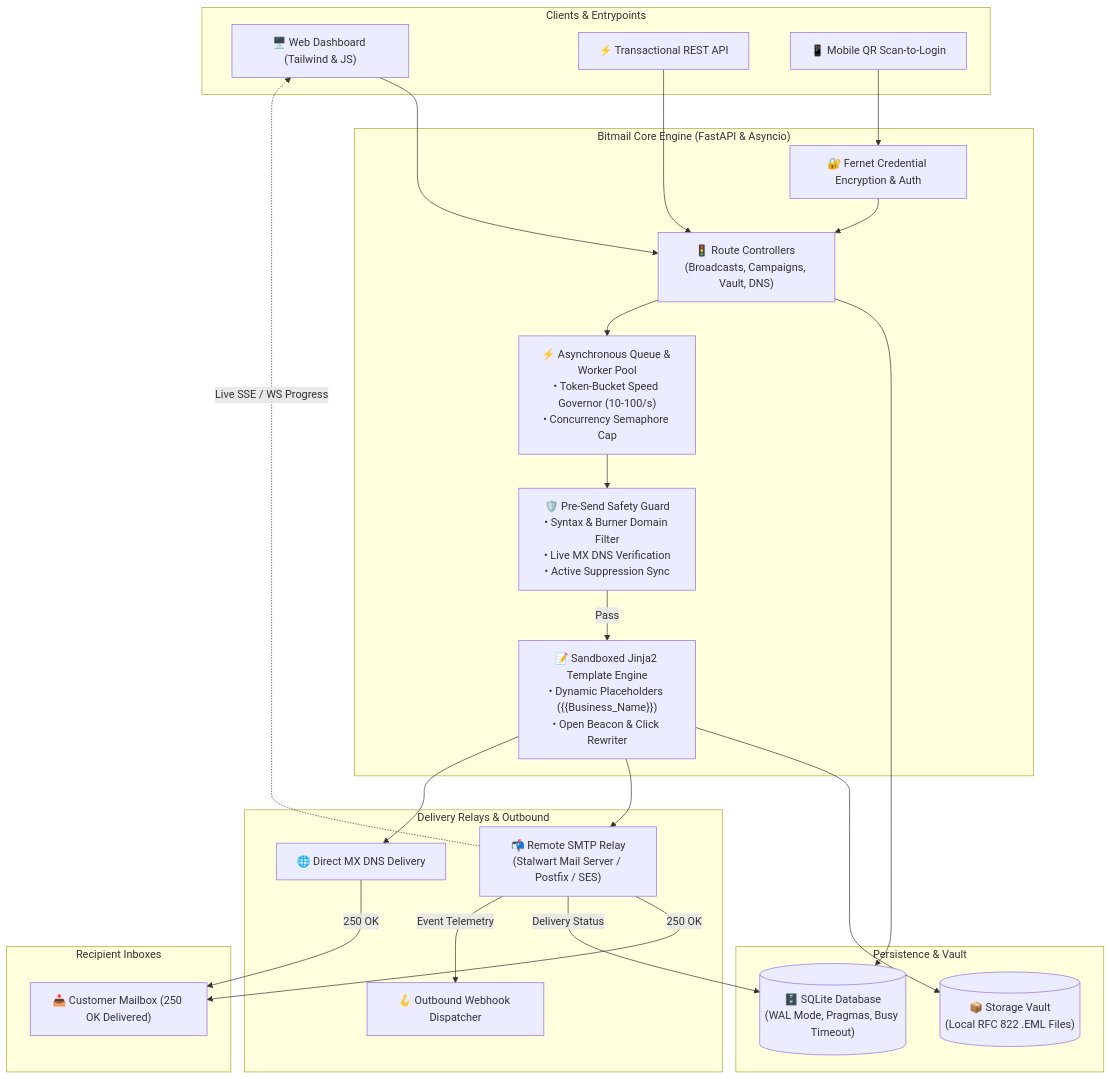
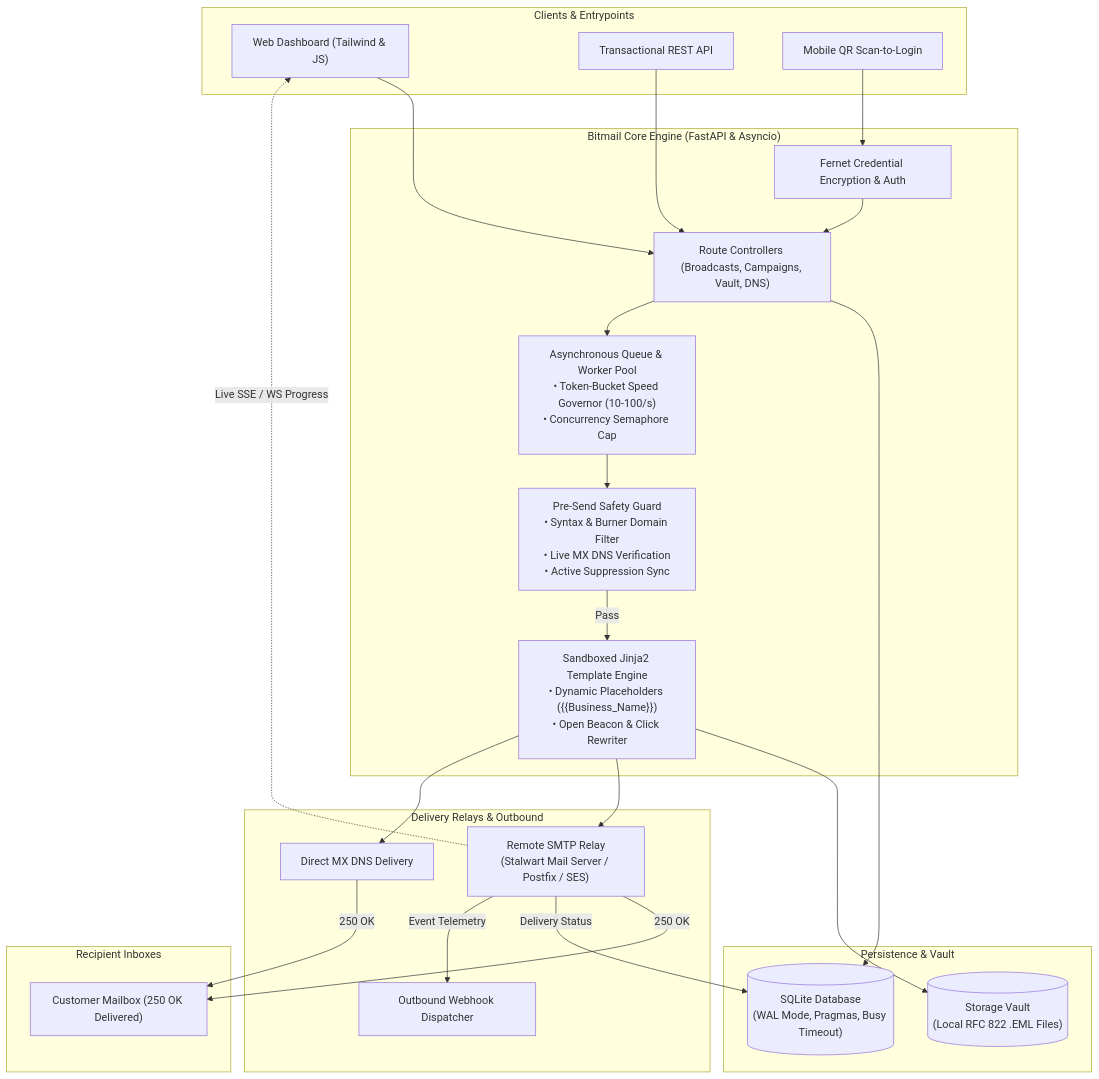
The first of 5 diagrams in README.md (zonicisalive/bitmail), drawn with Mermaid before and after one commit. The commit also changed other lines of this file and 1 other file, not shown here.

First line of the commit message:
Remove emojis from the README; stop the Send Message recipients header wrapping

````diff
--- a/README.md
+++ b/README.md
@@ -15,48 +15,48 @@
 ```mermaid
 flowchart TD
     subgraph Clients["Clients & Entrypoints"]
-        UI["🖥️ Web Dashboard (Tailwind & JS)"]
-        API["⚡ Transactional REST API"]
-        MOB["📱 Mobile QR Scan-to-Login"]
+        UI["Web Dashboard (Tailwind & JS)"]
+        API["Transactional REST API"]
+        MOB["Mobile QR Scan-to-Login"]
     end
 
     subgraph Core["Bitmail Core Engine (FastAPI & Asyncio)"]
-        AUTH["🔐 Fernet Credential Encryption & Auth"]
-        ROUTERS["🚦 Route Controllers (Broadcasts, Campaigns, Vault, DNS)"]
-        GUARD["🛡️ Pre-Send Safety Guard<br/>• Syntax & Burner Domain Filter<br/>• Live MX DNS Verification<br/>• Active Suppression Sync"]
-        TPL["📝 Sandboxed Jinja2 Template Engine<br/>• Dynamic Placeholders ({{Business_Name}})<br/>• Open Beacon & Click Rewriter"]
-        QUEUE["⚡ Asynchronous Queue & Worker Pool<br/>• Token-Bucket Speed Governor (10-100/s)<br/>• Concurrency Semaphore Cap"]
+        AUTH["Fernet Credential Encryption & Auth"]
+        ROUTERS["Route Controllers (Broadcasts, Campaigns, Vault, DNS)"]
+        GUARD["Pre-Send Safety Guard<br/>• Syntax & Burner Domain Filter<br/>• Live MX DNS Verification<br/>• Active Suppression Sync"]
+        TPL["Sandboxed Jinja2 Template Engine<br/>• Dynamic Placeholders ({{Business_Name}})<br/>• Open Beacon & Click Rewriter"]
+        QUEUE["Asynchronous Queue & Worker Pool<br/>• Token-Bucket Speed Governor (10-100/s)<br/>• Concurrency Semaphore Cap"]
     end
 
     subgraph Storage["Persistence & Vault"]
-        DB[("🗄️ SQLite Database<br/>(WAL Mode, Pragmas, Busy Timeout)")]
-        VAULT[("📦 Storage Vault<br/>(Local RFC 822 .EML Files)")]
+        DB[("SQLite Database<br/>(WAL Mode, Pragmas, Busy Timeout)")]
+        VAULT[("Storage Vault<br/>(Local RFC 822 .EML Files)")]
     end
 
     subgraph Relays["Delivery Relays & Outbound"]
-        SMTP["📬 Remote SMTP Relay<br/>(Stalwart Mail Server / Postfix / SES)"]
-        DMX["🌐 Direct MX DNS Delivery"]
-        WH["🪝 Outbound Webhook Dispatcher"]
+        SMTP["Remote SMTP Relay<br/>(Stalwart Mail Server / Postfix / SES)"]
+        DMX["Direct MX DNS Delivery"]
+        WH["Outbound Webhook Dispatcher"]
     end
 
     subgraph Inboxes["Recipient Inboxes"]
-        RECP["📥 Customer Mailbox (250 OK Delivered)"]
+        RECP["Customer Mailbox (250 OK Delivered)"]
     end
 
     UI --> ROUTERS
     API --> ROUTERS
     MOB --> AUTH
     AUTH --> ROUTERS
     ROUTERS --> DB
     ROUTERS --> QUEUE
     QUEUE --> GUARD
     GUARD -->|Pass| TPL
     TPL --> VAULT
     TPL --> SMTP
     TPL --> DMX
     SMTP -->|250 OK| RECP
     DMX -->|250 OK| RECP
     SMTP -->|Delivery Status| DB
     SMTP -->|Event Telemetry| WH
     SMTP -.->|Live SSE / WS Progress| UI
 ```
````
